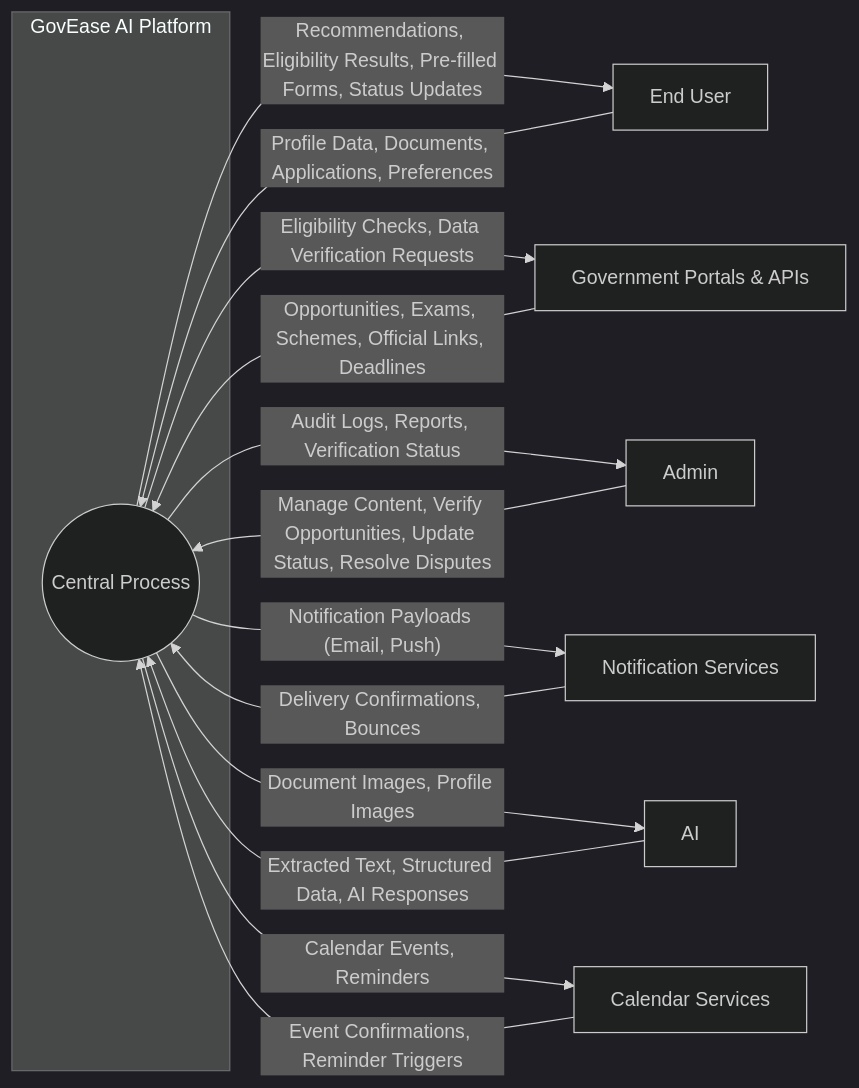
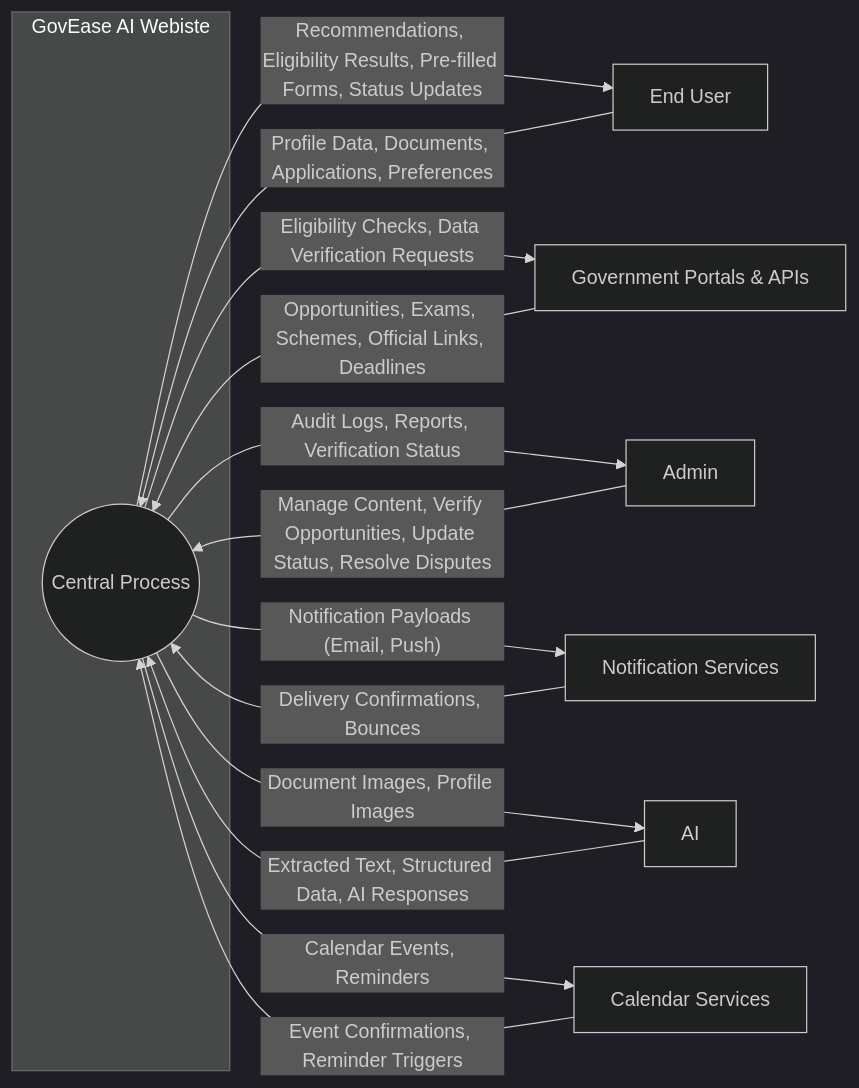
One commit to sayantanj05/GovEase changed the diagram in docs/DFD_Level0.mmd. Above: the diagram before and after it, drawn with Mermaid (dark theme). The commit also changed 6878 other files, not shown here.

```diff
--- a/docs/DFD_Level0.mmd
+++ b/docs/DFD_Level0.mmd
@@ -1,29 +1,29 @@
 flowchart LR
-    subgraph S [GovEase AI Platform]
+    subgraph S [GovEase AI Webiste]
         P1((Central Process))
     end
 
     EU[End User]
     GP[Government Portals & APIs]
     AD[Admin]
     NS[Notification Services]
     AI[AI]
     CS[Calendar Services]
 
     EU -->|Profile Data, Documents, Applications, Preferences| P1
     P1 -->|Recommendations, Eligibility Results, Pre-filled Forms, Status Updates| EU
 
     GP -->|Opportunities, Exams, Schemes, Official Links, Deadlines| P1
     P1 -->|Eligibility Checks, Data Verification Requests| GP
 
     AD -->|Manage Content, Verify Opportunities, Update Status, Resolve Disputes| P1
     P1 -->|Audit Logs, Reports, Verification Status| AD
 
     P1 -->|"Notification Payloads (Email, Push)"| NS
     NS -->|Delivery Confirmations, Bounces| P1
 
     P1 -->|Document Images, Profile Images| AI
     AI -->|Extracted Text, Structured Data, AI Responses| P1
 
     P1 -->|Calendar Events, Reminders| CS
     CS -->|Event Confirmations, Reminder Triggers| P1
```
